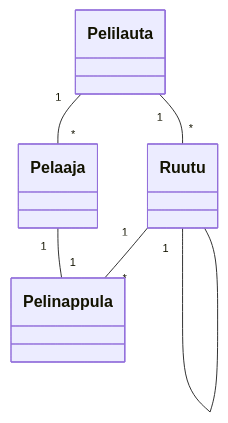
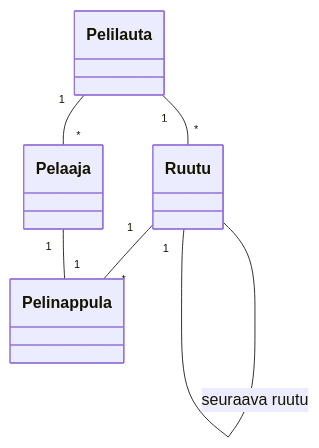
One commit to JonathanHeyno/ot-harjoitustyo changed the diagram in laskarit/viikko3/Monopoli1.md. Above: the diagram before and after it, drawn with Mermaid.

````diff
--- a/laskarit/viikko3/Monopoli1.md
+++ b/laskarit/viikko3/Monopoli1.md
@@ -1,20 +1,20 @@
 ```mermaid
  classDiagram
       Pelilauta "1" -- "*" Ruutu
 	  Ruutu "1" -- "*" Pelinappula
 	  Pelaaja "1" -- "1" Pelinappula
 	  Pelilauta "1" -- "*" Pelaaja
-	  Ruutu "" -- "1" Ruutu
+	  Ruutu "" -- "1" Ruutu: seuraava ruutu
       class Pelilauta{
 
       }
       class Ruutu{
 
       }
 	  class Pelinappula{
 
       }
 	  class Pelaaja{
 
       }
 ```
````
